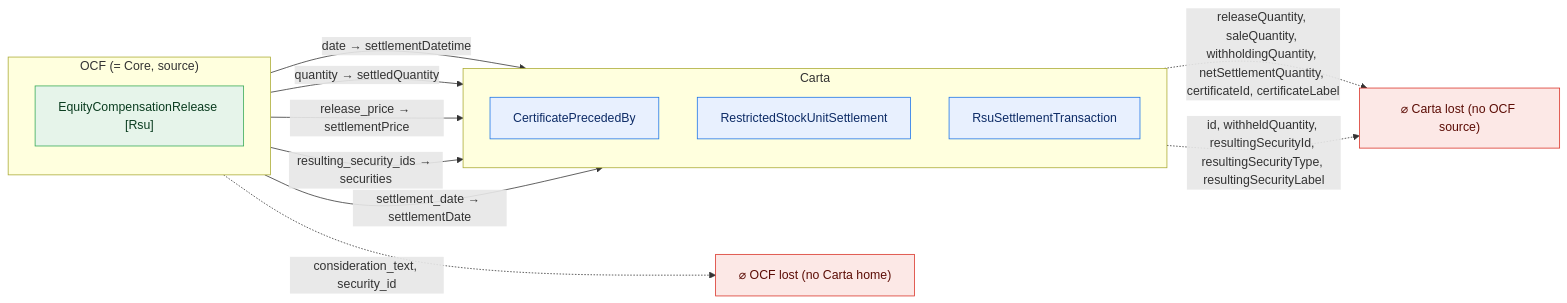
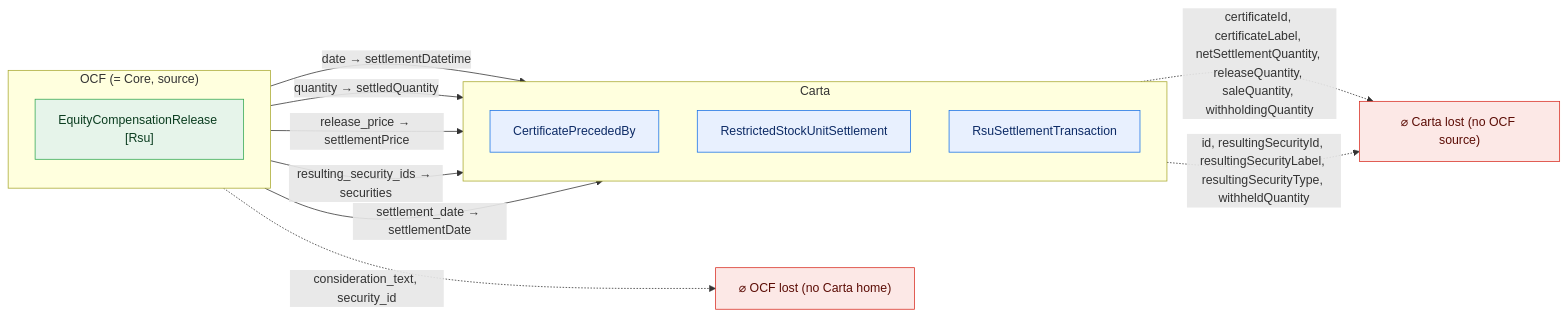
Before and after one commit to Open-Cap-Table-Coalition/OCF-Composed-Schemas: diagram 13 of 47 in docs/core-bidirectional-flow.md, drawn with Mermaid. The commit also changed other lines of this file and 7 other files, not shown here.

````diff
--- a/docs/core-bidirectional-flow.md
+++ b/docs/core-bidirectional-flow.md
@@ -438,27 +461,27 @@
 ```mermaid
 flowchart LR
   classDef adm fill:#e6f4ea,stroke:#34a853,color:#0b3d20;
   classDef notadm fill:#f1f3f4,stroke:#9aa0a6,color:#5f6368,stroke-dasharray:4 3;
   classDef carta fill:#e8f0fe,stroke:#1a73e8,color:#0d2b66;
   classDef lost fill:#fce8e6,stroke:#d93025,color:#5c0d06;
   subgraph SRC["OCF (= Core, source)"]
     direction TB
     o0["EquityCompensationRelease [Rsu]"]:::adm
   end
   subgraph TGT["Carta"]
     direction TB
     t0["CertificatePrecededBy"]:::carta
     t1["RestrictedStockUnitSettlement"]:::carta
     t2["RsuSettlementTransaction"]:::carta
   end
   ocflost["⌀ OCF lost (no Carta home)"]:::lost
   cartalost["⌀ Carta lost (no OCF source)"]:::lost
   o0 -->|"date → settlementDatetime"| t2
   o0 -->|"quantity → settledQuantity"| t2
   o0 -->|"release_price → settlementPrice"| t1
   o0 -->|"resulting_security_ids → securities"| t0
   o0 -->|"settlement_date → settlementDate"| t1
   o0 -.->|"consideration_text, security_id"| ocflost
-  t1 -.->|"releaseQuantity, saleQuantity, withholdingQuantity, netSettlementQuantity, certificateId, certificateLabel"| cartalost
-  t2 -.->|"id, withheldQuantity, resultingSecurityId, resultingSecurityType, resultingSecurityLabel"| cartalost
+  t1 -.->|"certificateId, certificateLabel, netSettlementQuantity, releaseQuantity, saleQuantity, withholdingQuantity"| cartalost
+  t2 -.->|"id, resultingSecurityId, resultingSecurityLabel, resultingSecurityType, withheldQuantity"| cartalost
 ```
````
